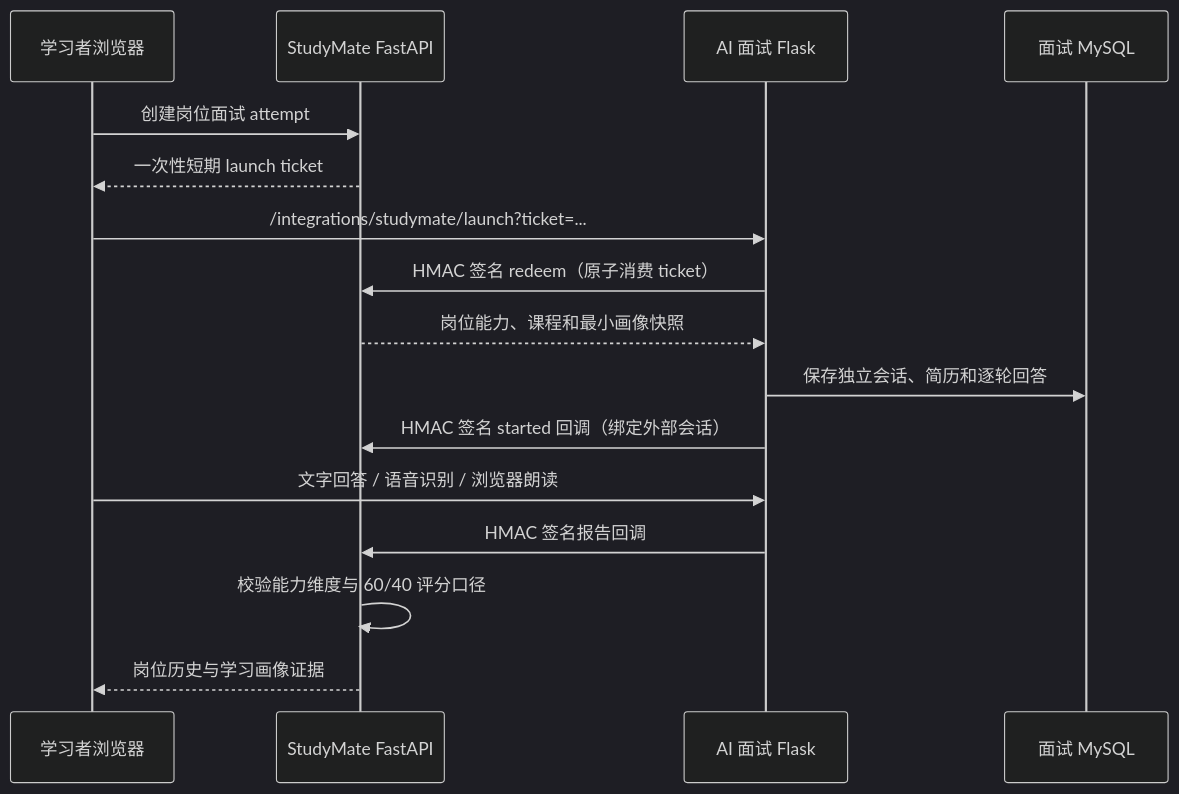
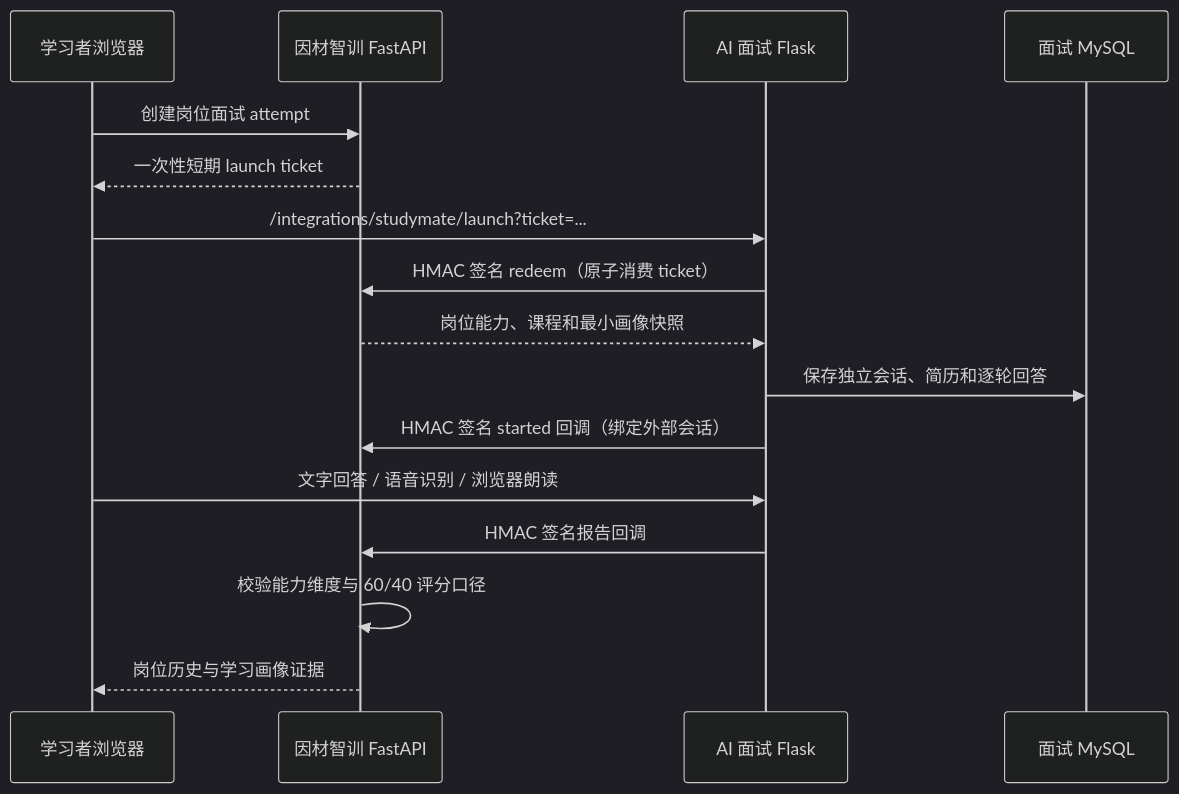
Before and after one commit to sunjiayu929-max/studymate-competition-OpenBidding: the diagram in docs/AI面试服务接入说明.md, drawn with Mermaid (dark theme). The commit also changed other lines of this file and 69 other files, not shown here.

````diff
--- a/docs/AI面试服务接入说明.md
+++ b/docs/AI面试服务接入说明.md
@@ -18,19 +18,19 @@
 ```mermaid
 sequenceDiagram
     participant U as 学习者浏览器
-    participant S as StudyMate FastAPI
+    participant S as 因材智训 FastAPI
     participant I as AI 面试 Flask
     participant M as 面试 MySQL
 
     U->>S: 创建岗位面试 attempt
     S-->>U: 一次性短期 launch ticket
     U->>I: /integrations/studymate/launch?ticket=...
     I->>S: HMAC 签名 redeem（原子消费 ticket）
     S-->>I: 岗位能力、课程和最小画像快照
     I->>M: 保存独立会话、简历和逐轮回答
     I->>S: HMAC 签名 started 回调（绑定外部会话）
     U->>I: 文字回答 / 语音识别 / 浏览器朗读
     I->>S: HMAC 签名报告回调
     S->>S: 校验能力维度与 60/40 评分口径
     S-->>U: 岗位历史与学习画像证据
 ```
````
